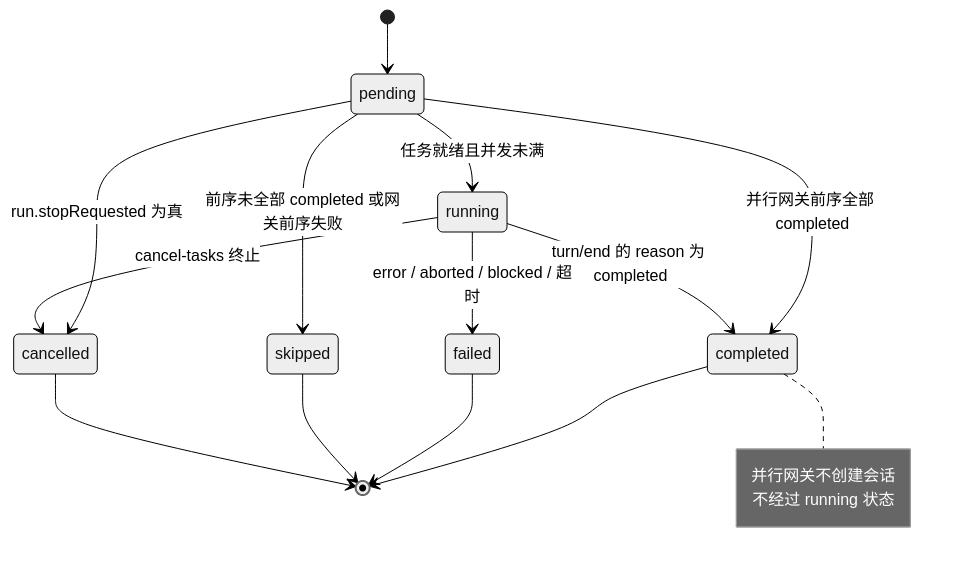
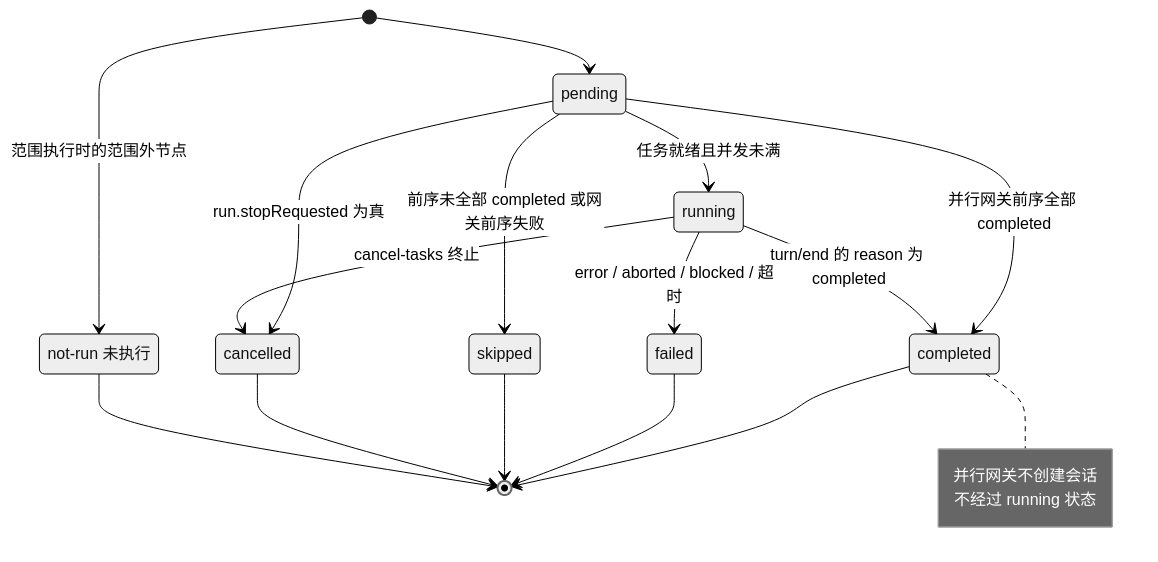
The second of 3 diagrams in docs/dev/execution-engine.md (czyt1988/dsh-workflow-orchestrator), drawn with Mermaid (neutral theme) before and after one commit. The commit also changed other lines of this file and 32 other files, not shown here.

````diff
--- a/docs/dev/execution-engine.md
+++ b/docs/dev/execution-engine.md
@@ -92,19 +104,22 @@
 ```mermaid
 stateDiagram-v2
+  state "not-run 未执行" as NotRun
   [*] --> pending
+  [*] --> NotRun: 范围执行时的范围外节点
   pending --> running: 任务就绪且并发未满
   pending --> completed: 并行网关前序全部 completed
   pending --> skipped: 前序未全部 completed 或网关前序失败
   pending --> cancelled: run.stopRequested 为真
   running --> completed: turn/end 的 reason 为 completed
   running --> failed: error / aborted / blocked / 超时
   running --> cancelled: cancel-tasks 终止
   completed --> [*]
   failed --> [*]
   skipped --> [*]
   cancelled --> [*]
+  NotRun --> [*]
   note right of completed
     并行网关不创建会话
     不经过 running 状态
   end note
 ```
````
